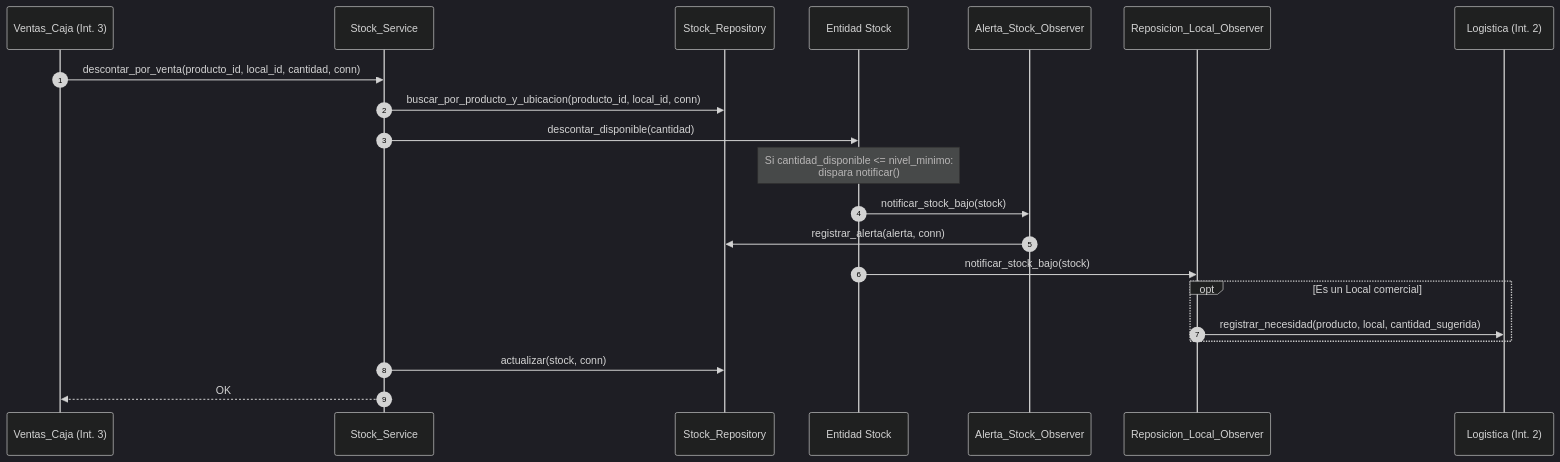
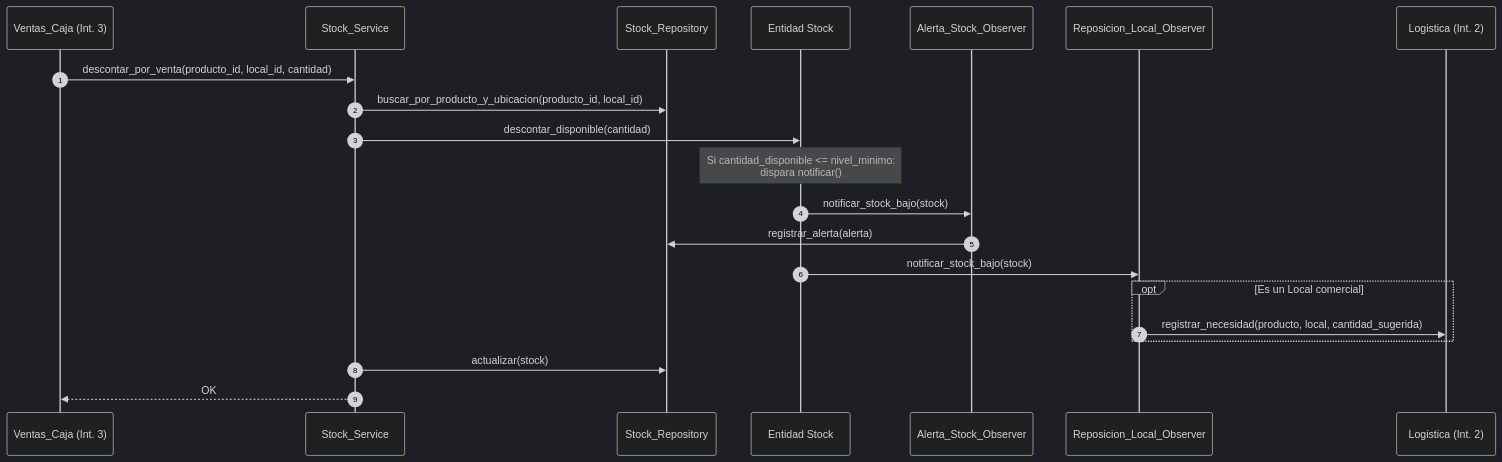
The fourth of 4 diagrams in docs/specs/integrante_1_catalogo_stock.md (Manuel-Cavina/TP-DAO), drawn with Mermaid (dark theme) before and after one commit. The commit also changed other lines of this file and 8 other files, not shown here.

````diff
--- a/docs/specs/integrante_1_catalogo_stock.md
+++ b/docs/specs/integrante_1_catalogo_stock.md
@@ -269,24 +268,24 @@
 ```mermaid
 sequenceDiagram
     autonumber
     participant Ventas as Ventas_Caja (Int. 3)
     participant StockServ as Stock_Service
     participant StockRepo as Stock_Repository
     participant StockEnt as Entidad Stock
     participant ObsAlert as Alerta_Stock_Observer
     participant ObsRepo as Reposicion_Local_Observer
     participant Logistica as Logistica (Int. 2)
 
-    Ventas->>StockServ: descontar_por_venta(producto_id, local_id, cantidad, conn)
-    StockServ->>StockRepo: buscar_por_producto_y_ubicacion(producto_id, local_id, conn)
+    Ventas->>StockServ: descontar_por_venta(producto_id, local_id, cantidad)
+    StockServ->>StockRepo: buscar_por_producto_y_ubicacion(producto_id, local_id)
     StockServ->>StockEnt: descontar_disponible(cantidad)
     Note over StockEnt: Si cantidad_disponible <= nivel_minimo:<br/>dispara notificar()
     StockEnt->>ObsAlert: notificar_stock_bajo(stock)
-    ObsAlert->>StockRepo: registrar_alerta(alerta, conn)
+    ObsAlert->>StockRepo: registrar_alerta(alerta)
     StockEnt->>ObsRepo: notificar_stock_bajo(stock)
     opt Es un Local comercial
         ObsRepo->>Logistica: registrar_necesidad(producto, local, cantidad_sugerida)
     end
-    StockServ->>StockRepo: actualizar(stock, conn)
+    StockServ->>StockRepo: actualizar(stock)
     StockServ-->>Ventas: OK
 ```
````
